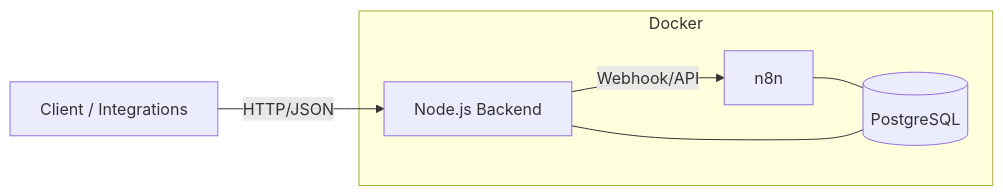
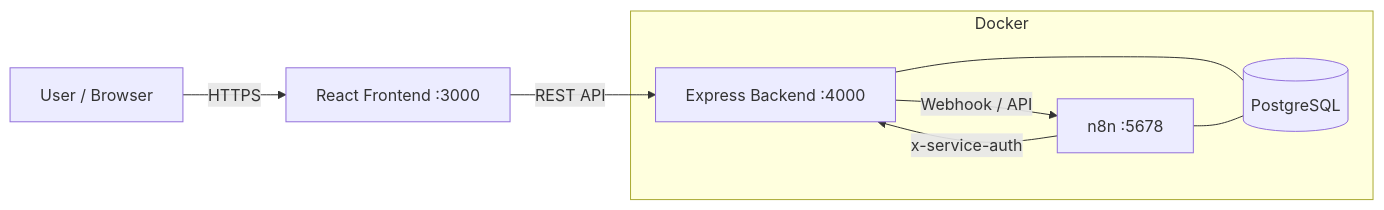
The diagram in README.md (Stasgysk/electronic-processes), drawn with Mermaid before and after one commit. The commit also changed other lines of this file, not shown here.

````diff
--- a/README.md
+++ b/README.md
@@ -45,13 +48,15 @@
 ```mermaid
 flowchart LR
-    Client[Client / Integrations] -- HTTP/JSON --> NodeApp[Node.js Backend]
-    NodeApp -- Webhook/API --> N8N[n8n]
-    N8N --- PG[(PostgreSQL)]
-    NodeApp --- PG
+    User[User / Browser] -- HTTPS --> React[React Frontend :3000]
+    React -- REST API --> NodeApp[Express Backend :4000]
+    NodeApp -- Webhook / API --> N8N[n8n :5678]
+    N8N -- x-service-auth --> NodeApp
+    NodeApp --- PG[(PostgreSQL)]
+    N8N --- PG
 
     subgraph Docker
       NodeApp
       N8N
       PG
     end
 ```
````
